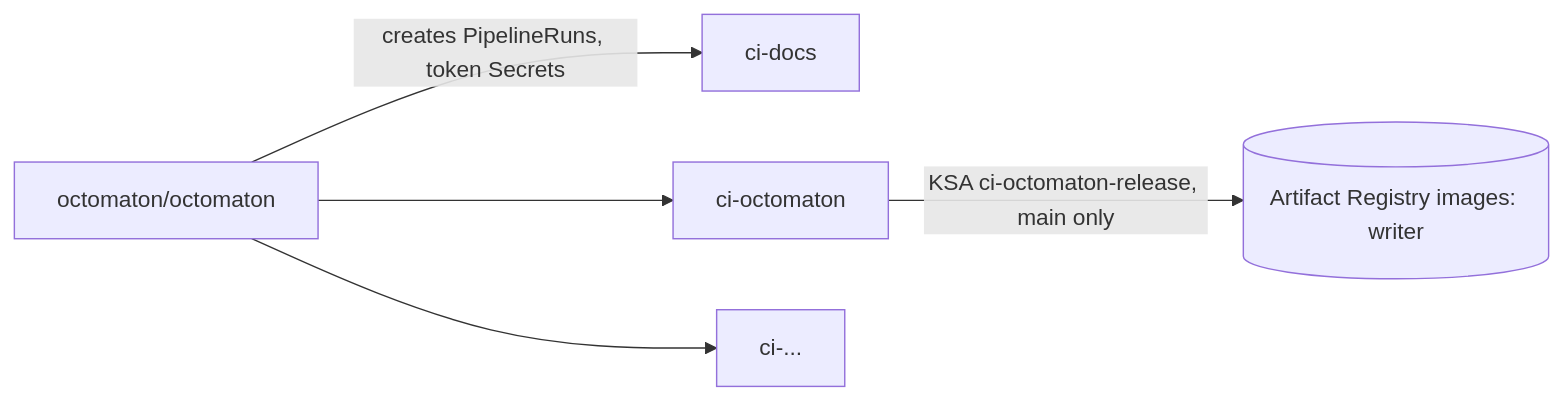
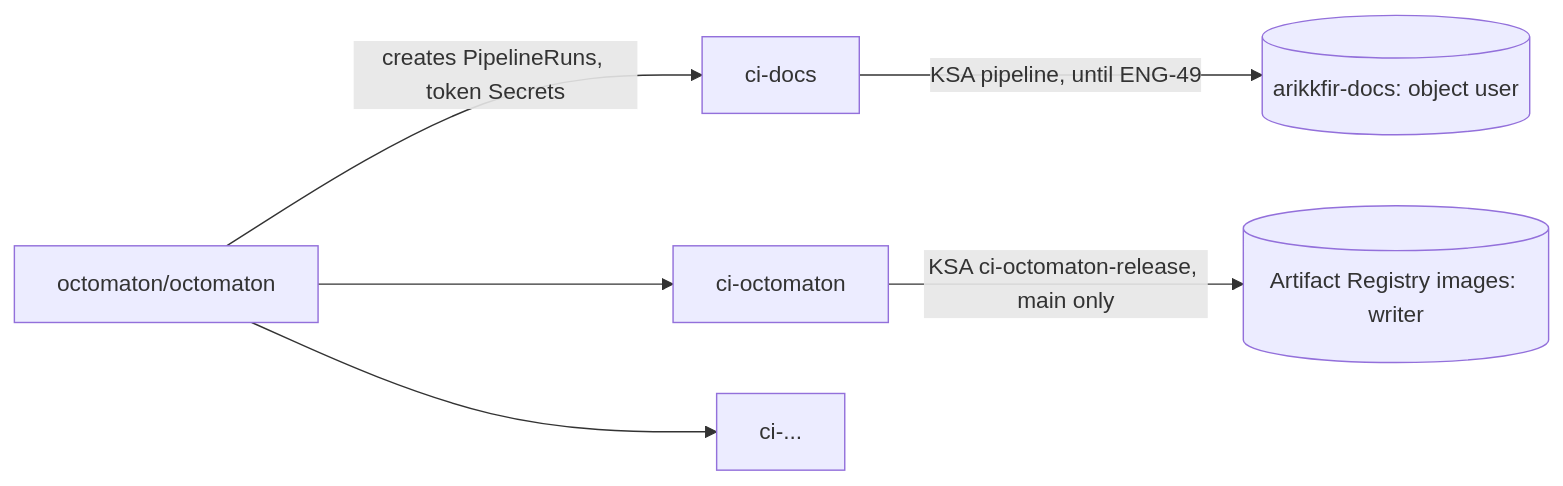
The second of 4 diagrams in hub/designs/phase-2-octomaton.md (arikkfir-org/docs), drawn with Mermaid before and after one commit. The commit also changed other lines of this file, not shown here.

First line of the commit message:
docs(hub): phase 2's diagram keeps ci-docs' write access until ENG-49

````diff
--- a/hub/designs/phase-2-octomaton.md
+++ b/hub/designs/phase-2-octomaton.md
@@ -88,7 +88,8 @@
 ```mermaid
 flowchart LR
   SB[octomaton/octomaton] -- creates PipelineRuns, token Secrets --> NS1[ci-docs]
   SB --> NS2[ci-octomaton]
   SB --> NS3[ci-...]
+  NS1 -- KSA pipeline, until ENG-49 --> B1[(arikkfir-docs: object user)]
   NS2 -- KSA ci-octomaton-release, main only --> B2[(Artifact Registry images: writer)]
 ```
````
